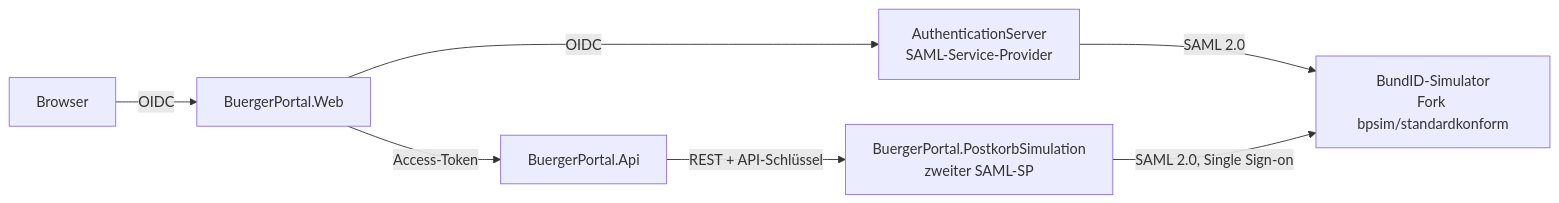
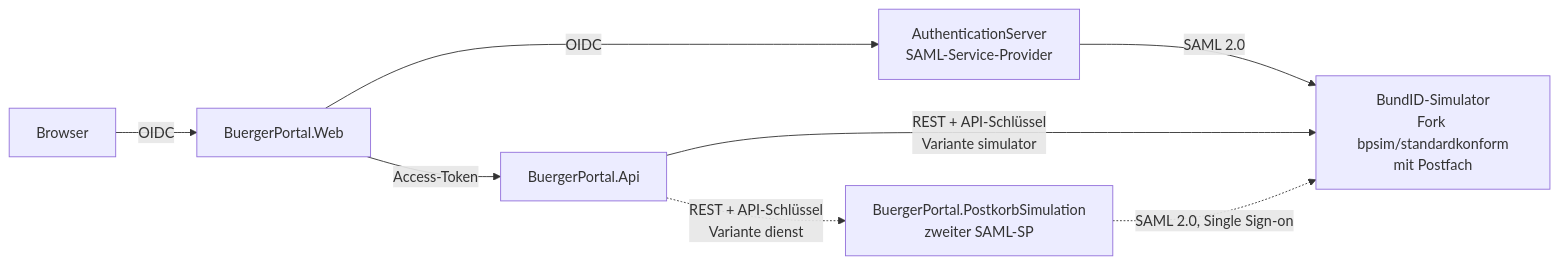
Before and after one commit to DrFisch/BuergerPortal: the diagram in README.md, drawn with Mermaid. The commit also changed other lines of this file, not shown here.

First line of the commit message:
docs(readme): Postfach-Varianten, Sitzungsregeln, lokaler Start

````diff
--- a/README.md
+++ b/README.md
@@ -11,9 +11,10 @@
 ```mermaid
 flowchart LR
     B[Browser] -->|OIDC| W[BuergerPortal.Web]
     W -->|OIDC| A[AuthenticationServer<br/>SAML-Service-Provider]
-    A -->|SAML 2.0| S[BundID-Simulator<br/>Fork bpsim/standardkonform]
+    A -->|SAML 2.0| S[BundID-Simulator<br/>Fork bpsim/standardkonform<br/>mit Postfach]
     W -->|Access-Token| API[BuergerPortal.Api]
-    API -->|REST + API-Schlüssel| P[BuergerPortal.PostkorbSimulation<br/>zweiter SAML-SP]
-    P -->|SAML 2.0, Single Sign-on| S
+    API -->|REST + API-Schlüssel<br/>Variante simulator| S
+    API -.->|REST + API-Schlüssel<br/>Variante dienst| P[BuergerPortal.PostkorbSimulation<br/>zweiter SAML-SP]
+    P -.->|SAML 2.0, Single Sign-on| S
 ```
````
